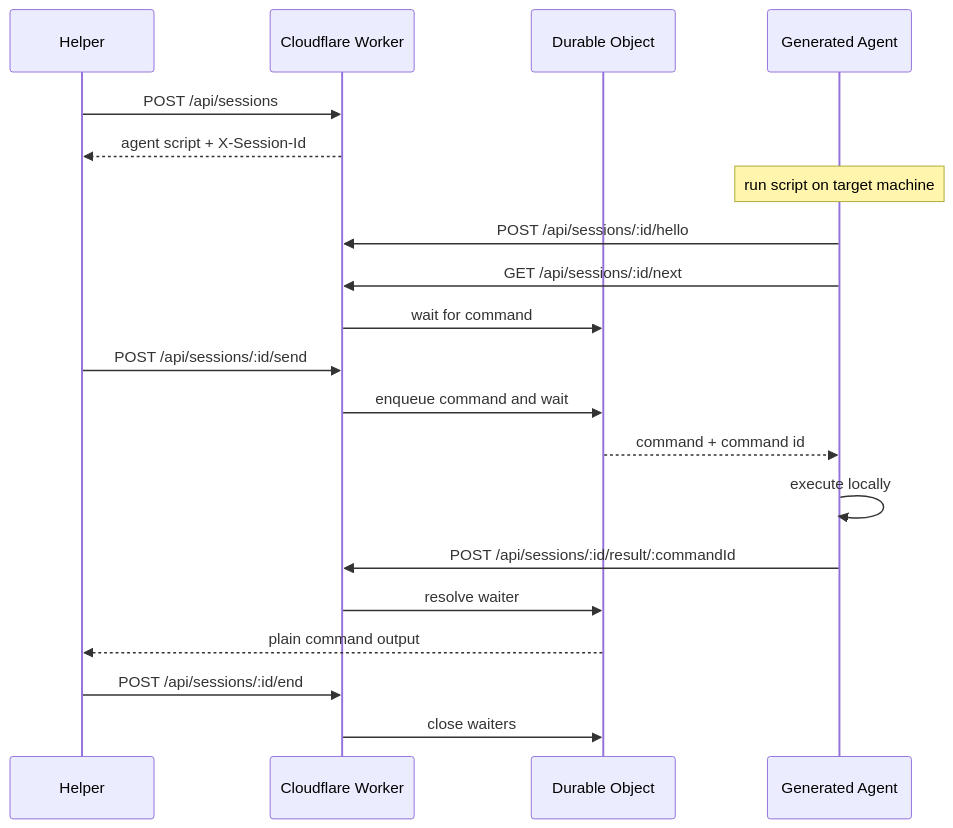
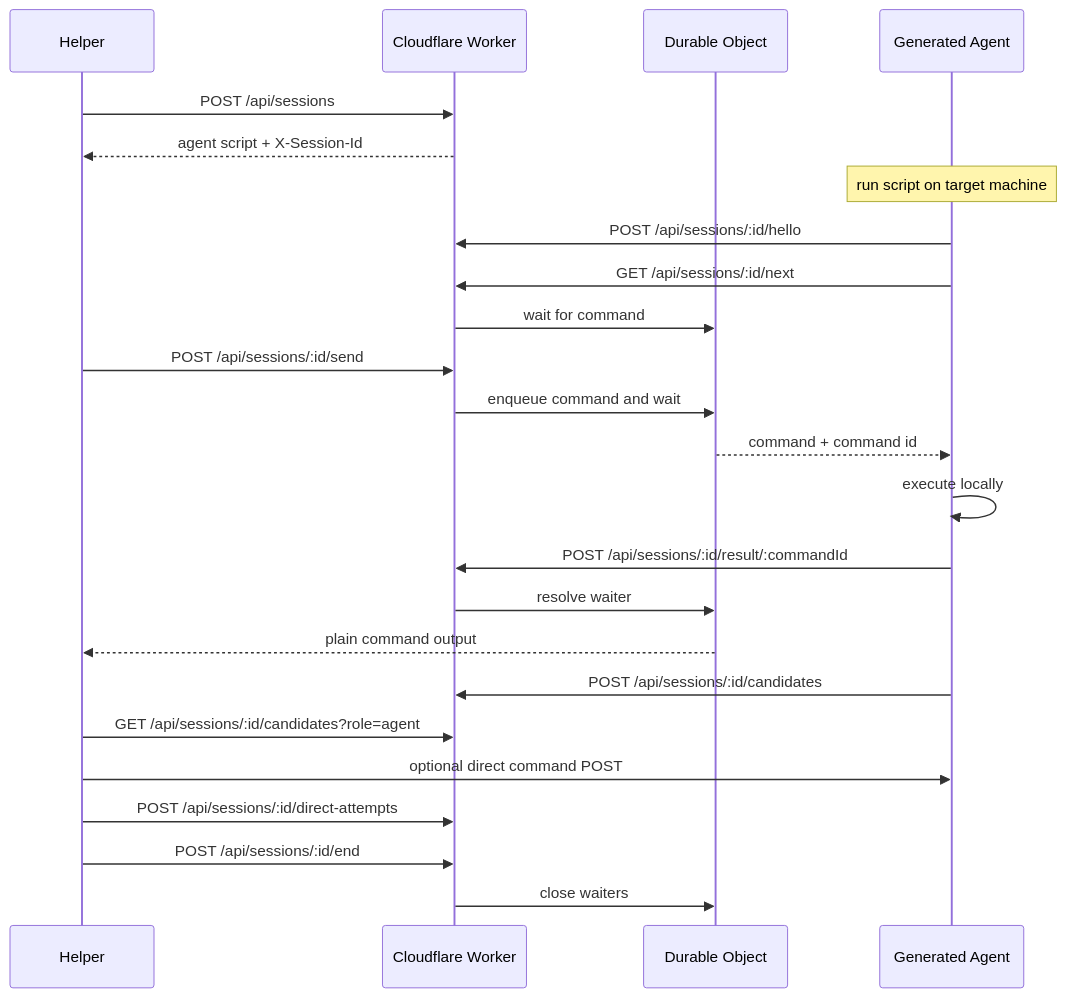
One commit to Stoffbergie/shell-over-edge changed the diagram in README.md. Above: the diagram before and after it, drawn with Mermaid. The commit also changed other lines of this file and 15 other files, not shown here.

````diff
--- a/README.md
+++ b/README.md
@@ -15,26 +15,31 @@
 ```mermaid
 sequenceDiagram
     participant Helper
     participant Worker as Cloudflare Worker
     participant Bridge as Durable Object
     participant Agent as Generated Agent
 
     Helper->>Worker: POST /api/sessions
     Worker-->>Helper: agent script + X-Session-Id
 
     Note over Agent: run script on target machine
     Agent->>Worker: POST /api/sessions/:id/hello
     Agent->>Worker: GET /api/sessions/:id/next
     Worker->>Bridge: wait for command
 
     Helper->>Worker: POST /api/sessions/:id/send
     Worker->>Bridge: enqueue command and wait
     Bridge-->>Agent: command + command id
     Agent->>Agent: execute locally
     Agent->>Worker: POST /api/sessions/:id/result/:commandId
     Worker->>Bridge: resolve waiter
     Bridge-->>Helper: plain command output
 
+    Agent->>Worker: POST /api/sessions/:id/candidates
+    Helper->>Worker: GET /api/sessions/:id/candidates?role=agent
+    Helper->>Agent: optional direct command POST
+    Helper->>Worker: POST /api/sessions/:id/direct-attempts
+
     Helper->>Worker: POST /api/sessions/:id/end
     Worker->>Bridge: close waiters
 ```
````
